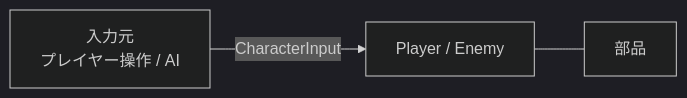
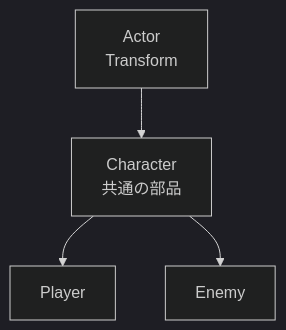
One commit to hirota-ryuki/Action changed the first of 4 diagrams in Action/docs/ゲーム/キャラクター/キャラクターの構成.md. Above: the diagram before and after it, drawn with Mermaid (dark theme). The commit also changed other lines of this file and 15 other files, not shown here.

````diff
--- a/Action/docs/ゲーム/キャラクター/キャラクターの構成.md
+++ b/Action/docs/ゲーム/キャラクター/キャラクターの構成.md
@@ -19,5 +17,6 @@
 ```mermaid
-flowchart LR
-    IN["入力元<br/>プレイヤー操作 / AI"] -->|CharacterInput| C[Player / Enemy]
-    C --- P[部品]
+flowchart TD
+    A["Actor<br/>Transform"] --> C["Character<br/>共通の部品"]
+    C --> P[Player]
+    C --> E[Enemy]
 ```
````
